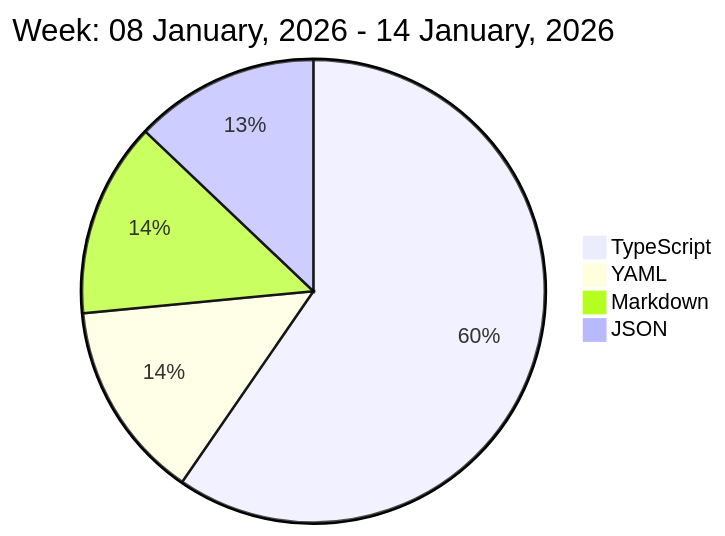
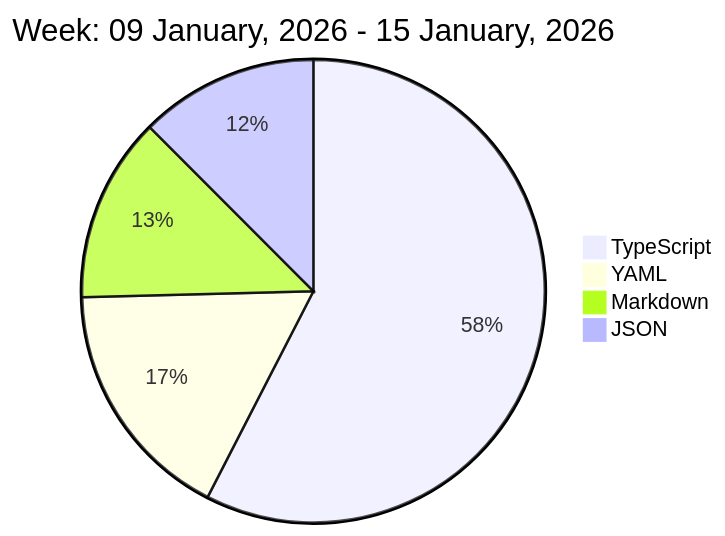
Before and after one commit to liubin95/liubin95: the diagram in README.md, drawn with Mermaid.

Commit message:
Updated the Graph with new Metrics

````diff
--- a/README.md
+++ b/README.md
@@ -37,8 +37,8 @@
 ```mermaid
  pie
-title Week: 08 January, 2026 - 14 January, 2026
- "TypeScript" : 9.1
- "YAML" : 2.12
- "Markdown" : 2.08
- "JSON" : 1.97
+title Week: 09 January, 2026 - 15 January, 2026
+ "TypeScript" : 9.22
+ "YAML" : 2.73
+ "Markdown" : 2.07
+ "JSON" : 2.0
 ```
````
